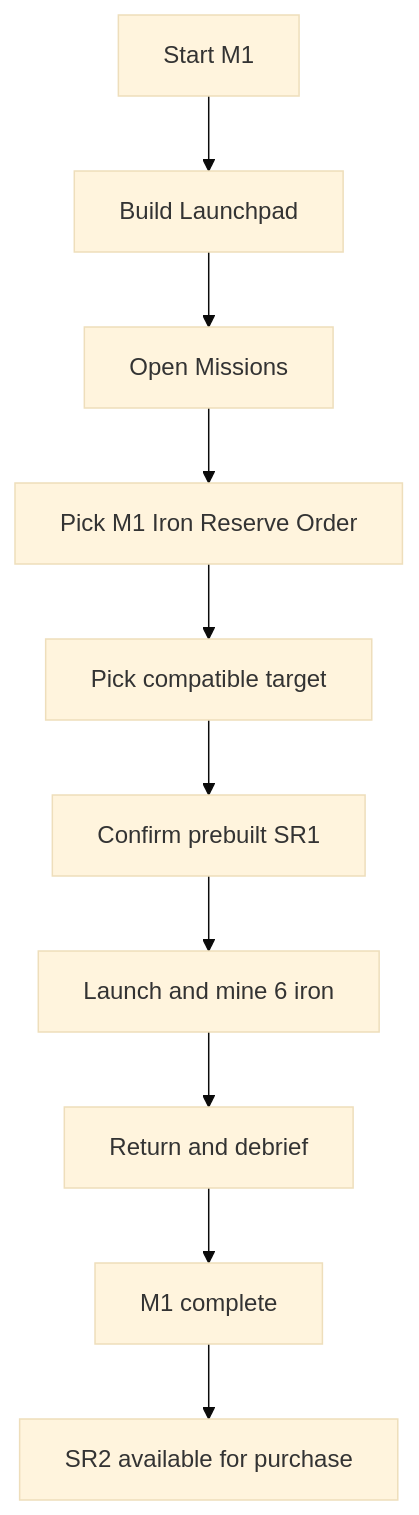
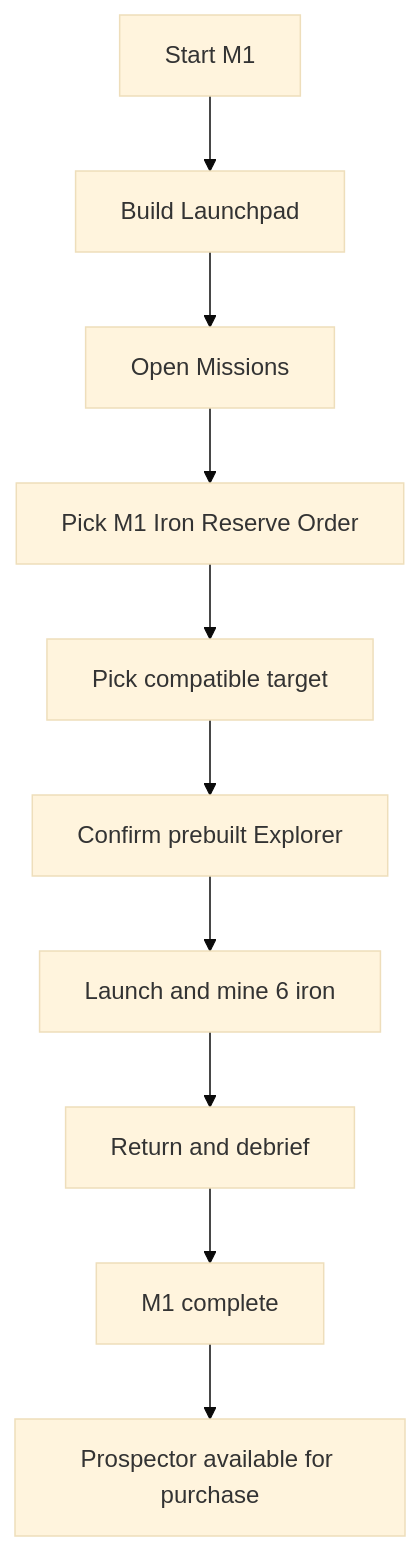
One commit to Signal-K/planet-hunters-experiment-1 changed the first of 2 diagrams in specs/mission-flowchart-diagrams.md. Above: the diagram before and after it, drawn with Mermaid (base theme). The commit also changed other lines of this file and 26 other files, not shown here.

````diff
--- a/specs/mission-flowchart-diagrams.md
+++ b/specs/mission-flowchart-diagrams.md
@@ -7,12 +7,12 @@
 ```mermaid
 flowchart TD
   A[Start M1] --> B[Build Launchpad]
   B --> C[Open Missions]
   C --> D[Pick M1 Iron Reserve Order]
   D --> E[Pick compatible target]
-  E --> F[Confirm prebuilt SR1]
+  E --> F[Confirm prebuilt Explorer]
   F --> G[Launch and mine 6 iron]
   G --> H[Return and debrief]
   H --> I[M1 complete]
-  I --> J[SR2 available for purchase]
+  I --> J[Prospector available for purchase]
 ```
````
